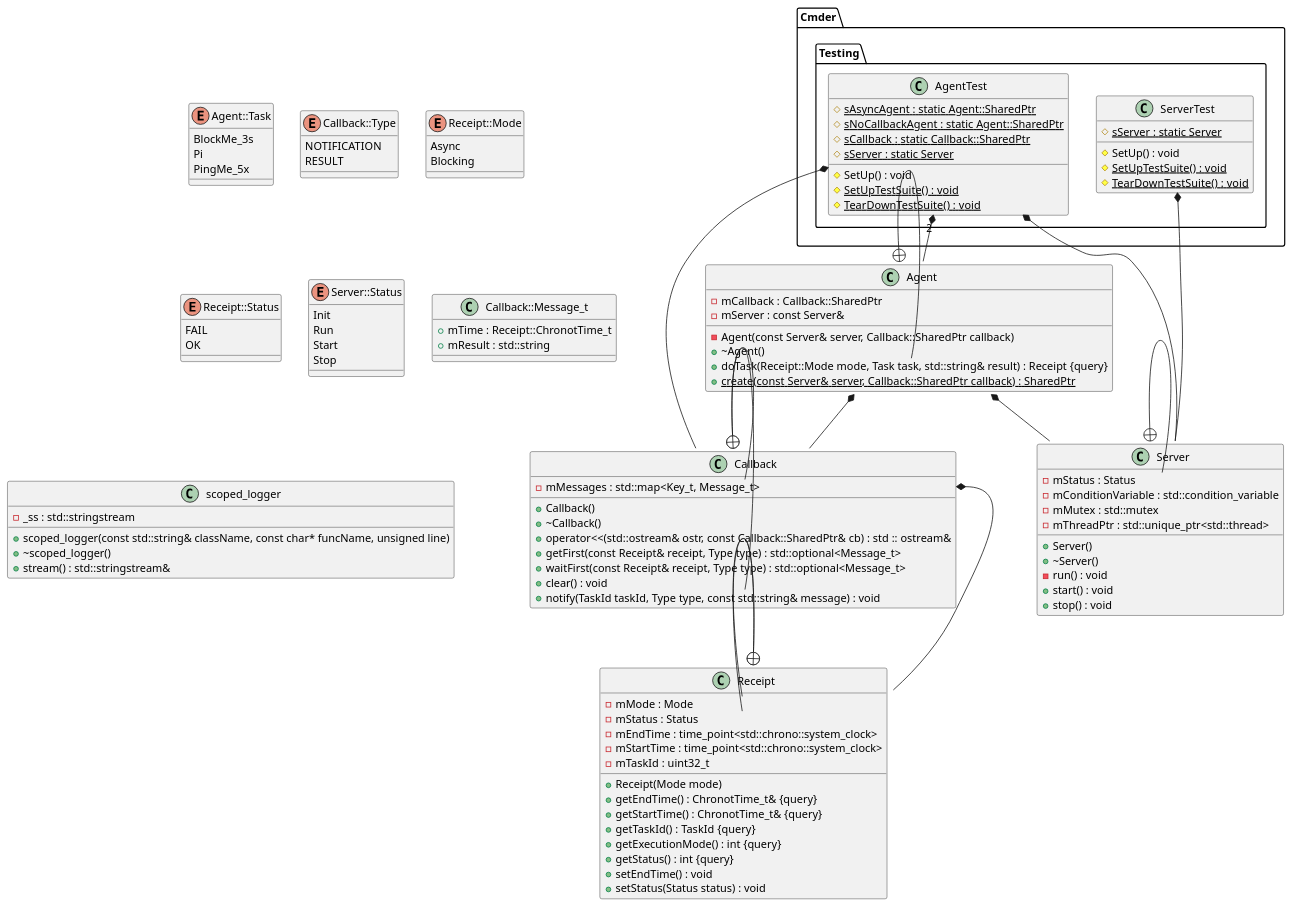
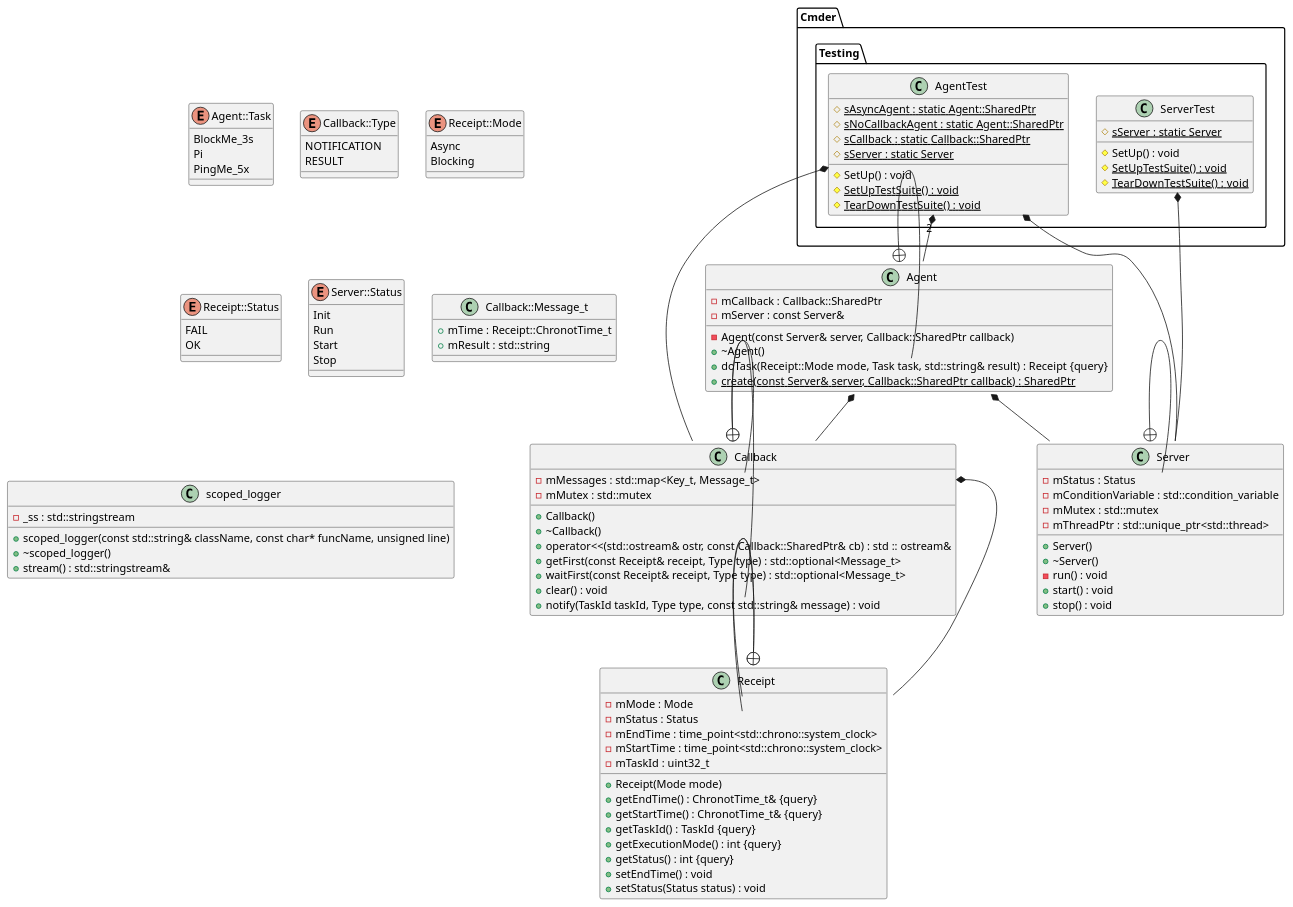
One commit to h6wk/Cmder changed the diagram in diagrams/classdiagram.puml. Above: the diagram before and after it, drawn with PlantUML. The commit also changed 4 other files, not shown here.

Commit message:
More diagrams

```diff
--- a/diagrams/classdiagram.puml
+++ b/diagrams/classdiagram.puml
@@ -1,187 +1,188 @@
 @startuml
 
 
 
 
 
 /' Objects '/
 
 class Agent {
 	-Agent(const Server& server, Callback::SharedPtr callback)
 	+~Agent()
 	-mCallback : Callback::SharedPtr
 	+doTask(Receipt::Mode mode, Task task, std::string& result) : Receipt {query}
 	+{static} create(const Server& server, Callback::SharedPtr callback) : SharedPtr
 	-mServer : const Server&
 }
 
 
 class Callback {
 	+Callback()
 	+~Callback()
 	+operator<<(std::ostream& ostr, const Callback::SharedPtr& cb) : std :: ostream&
 	-mMessages : std::map<Key_t, Message_t>
+	-mMutex : std::mutex
 	+getFirst(const Receipt& receipt, Type type) : std::optional<Message_t>
 	+waitFirst(const Receipt& receipt, Type type) : std::optional<Message_t>
 	+clear() : void
 	+notify(TaskId taskId, Type type, const std::string& message) : void
 }
 
 
 class Receipt {
 	+Receipt(Mode mode)
 	+getEndTime() : ChronotTime_t& {query}
 	+getStartTime() : ChronotTime_t& {query}
 	-mMode : Mode
 	-mStatus : Status
 	+getTaskId() : TaskId {query}
 	+getExecutionMode() : int {query}
 	+getStatus() : int {query}
 	-mEndTime : time_point<std::chrono::system_clock>
 	-mStartTime : time_point<std::chrono::system_clock>
 	-mTaskId : uint32_t
 	+setEndTime() : void
 	+setStatus(Status status) : void
 }
 
 
 class Server {
 	+Server()
 	+~Server()
 	-mStatus : Status
 	-mConditionVariable : std::condition_variable
 	-mMutex : std::mutex
 	-mThreadPtr : std::unique_ptr<std::thread>
 	-run() : void
 	+start() : void
 	+stop() : void
 }
 
 
 enum Agent::Task {
 	BlockMe_3s
 	Pi
 	PingMe_5x
 }
 
 
 enum Callback::Type {
 	NOTIFICATION
 	RESULT
 }
 
 
 enum Receipt::Mode {
 	Async
 	Blocking
 }
 
 
 enum Receipt::Status {
 	FAIL
 	OK
 }
 
 
 enum Server::Status {
 	Init
 	Run
 	Start
 	Stop
 }
 
 
 class Callback::Message_t {
 	+mTime : Receipt::ChronotTime_t
 	+mResult : std::string
 }
 
 
 class scoped_logger {
 	+scoped_logger(const std::string& className, const char* funcName, unsigned line)
 	+~scoped_logger()
 	-_ss : std::stringstream
 	+stream() : std::stringstream&
 }
 
 
 namespace Cmder {
 	namespace Testing {
 		class AgentTest {
 			#{static} sAsyncAgent : static Agent::SharedPtr
 			#{static} sNoCallbackAgent : static Agent::SharedPtr
 			#{static} sCallback : static Callback::SharedPtr
 			#{static} sServer : static Server
 			#SetUp() : void
 			#{static} SetUpTestSuite() : void
 			#{static} TearDownTestSuite() : void
 		}
 
 		class ServerTest {
 			#{static} sServer : static Server
 			#SetUp() : void
 			#{static} SetUpTestSuite() : void
 			#{static} TearDownTestSuite() : void
 		}
 	}
 }
 
 
 
 
 
 /' Inheritance relationships '/
 
 
 
 
 /' Aggregation relationships '/
 
 .Agent *-- .Callback
 
 
 .Agent *-- .Server
 
 
 Cmder.Testing.AgentTest "2" *-- .Agent
 
 
 Cmder.Testing.AgentTest *-- .Callback
 
 
 Cmder.Testing.AgentTest *-- .Server
 
 
 .Callback::Message_t *-- .Receipt
 
 
 Cmder.Testing.ServerTest *-- .Server
 
 
 
 
 
 
 /' Nested objects '/
 
 .Agent +-- .Agent::Task
 
 
 .Callback +-- .Callback::Message_t
 
 
 .Callback +-- .Callback::Type
 
 
 .Receipt +-- .Receipt::Mode
 
 
 .Receipt +-- .Receipt::Status
 
 
 .Server +-- .Server::Status
 
 
 
 
 @enduml
```
